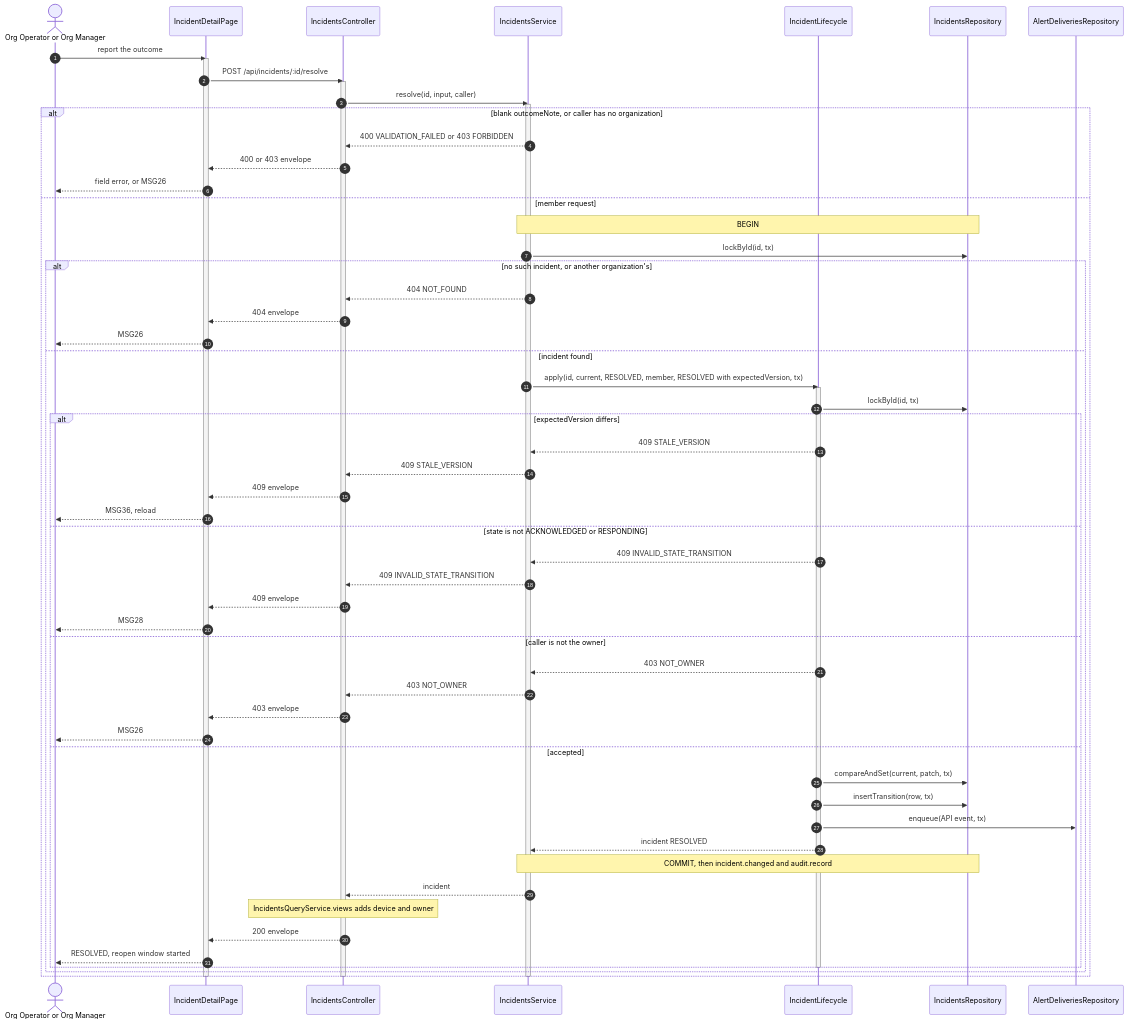
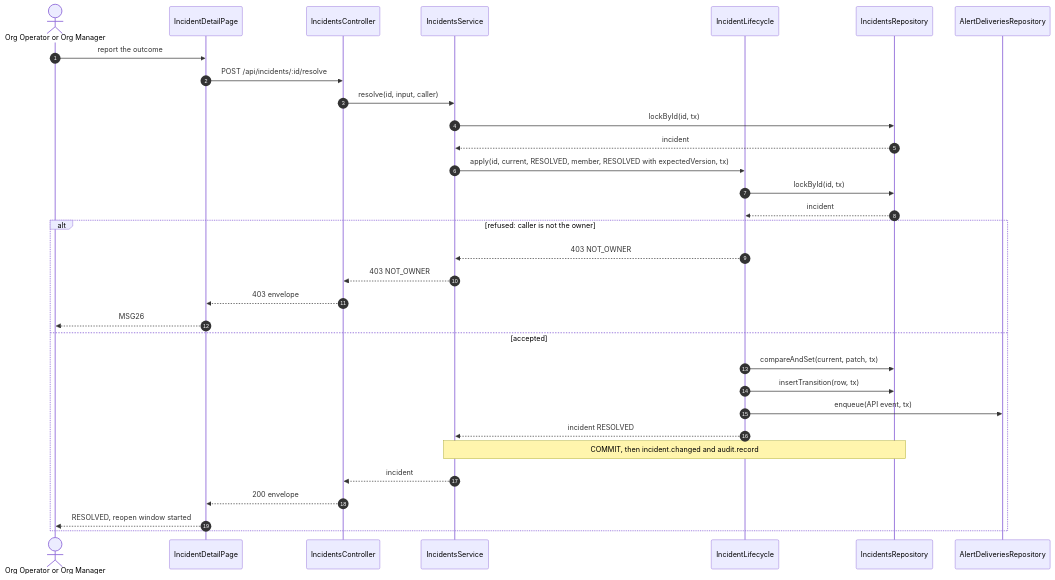
Before and after one commit to TrekLink-Team/treklink-web: the second of 2 diagrams in specs/incidents/api-design/06-post-incidents-id-resolve.md, drawn with Mermaid. The commit also changed 8 other files, not shown here.

First line of the commit message:
docs: keep one alt and no activation lines in the incidents sequences

````diff
--- a/specs/incidents/api-design/06-post-incidents-id-resolve.md
+++ b/specs/incidents/api-design/06-post-incidents-id-resolve.md
@@ -249,64 +249,34 @@
 ```mermaid
 sequenceDiagram
     autonumber
     actor U as Org Operator or Org Manager
     participant P as IncidentDetailPage
     participant Ctl as IncidentsController
     participant Svc as IncidentsService
     participant L as IncidentLifecycle
     participant R as IncidentsRepository
     participant Ob as AlertDeliveriesRepository
     U->>P: report the outcome
-    activate P
     P->>Ctl: POST /api/incidents/:id/resolve
-    activate Ctl
     Ctl->>Svc: resolve(id, input, caller)
-    activate Svc
-    alt blank outcomeNote, or caller has no organization
-        Svc-->>Ctl: 400 VALIDATION_FAILED or 403 FORBIDDEN
-        Ctl-->>P: 400 or 403 envelope
-        P-->>U: field error, or MSG26
-    else member request
-        Note over Svc,R: BEGIN
-        Svc->>R: lockById(id, tx)
-        alt no such incident, or another organization's
-            Svc-->>Ctl: 404 NOT_FOUND
-            Ctl-->>P: 404 envelope
-            P-->>U: MSG26
-        else incident found
-            Svc->>L: apply(id, current, RESOLVED, member, RESOLVED with expectedVersion, tx)
-            activate L
-            L->>R: lockById(id, tx)
-            alt expectedVersion differs
-                L-->>Svc: 409 STALE_VERSION
-                Svc-->>Ctl: 409 STALE_VERSION
-                Ctl-->>P: 409 envelope
-                P-->>U: MSG36, reload
-            else state is not ACKNOWLEDGED or RESPONDING
-                L-->>Svc: 409 INVALID_STATE_TRANSITION
-                Svc-->>Ctl: 409 INVALID_STATE_TRANSITION
-                Ctl-->>P: 409 envelope
-                P-->>U: MSG28
-            else caller is not the owner
-                L-->>Svc: 403 NOT_OWNER
-                Svc-->>Ctl: 403 NOT_OWNER
-                Ctl-->>P: 403 envelope
-                P-->>U: MSG26
-            else accepted
-                L->>R: compareAndSet(current, patch, tx)
-                L->>R: insertTransition(row, tx)
-                L->>Ob: enqueue(API event, tx)
-                L-->>Svc: incident RESOLVED
-                Note over Svc,R: COMMIT, then incident.changed and audit.record
-                Svc-->>Ctl: incident
-                Note over Ctl: IncidentsQueryService.views adds device and owner
-                Ctl-->>P: 200 envelope
-                P-->>U: RESOLVED, reopen window started
-            end
-            deactivate L
-        end
+    Svc->>R: lockById(id, tx)
+    R-->>Svc: incident
+    Svc->>L: apply(id, current, RESOLVED, member, RESOLVED with expectedVersion, tx)
+    L->>R: lockById(id, tx)
+    R-->>L: incident
+    alt refused: caller is not the owner
+        L-->>Svc: 403 NOT_OWNER
+        Svc-->>Ctl: 403 NOT_OWNER
+        Ctl-->>P: 403 envelope
+        P-->>U: MSG26
+    else accepted
+        L->>R: compareAndSet(current, patch, tx)
+        L->>R: insertTransition(row, tx)
+        L->>Ob: enqueue(API event, tx)
+        L-->>Svc: incident RESOLVED
+        Note over Svc,R: COMMIT, then incident.changed and audit.record
+        Svc-->>Ctl: incident
+        Ctl-->>P: 200 envelope
+        P-->>U: RESOLVED, reopen window started
     end
-    deactivate Svc
-    deactivate Ctl
-    deactivate P
 ```
````
